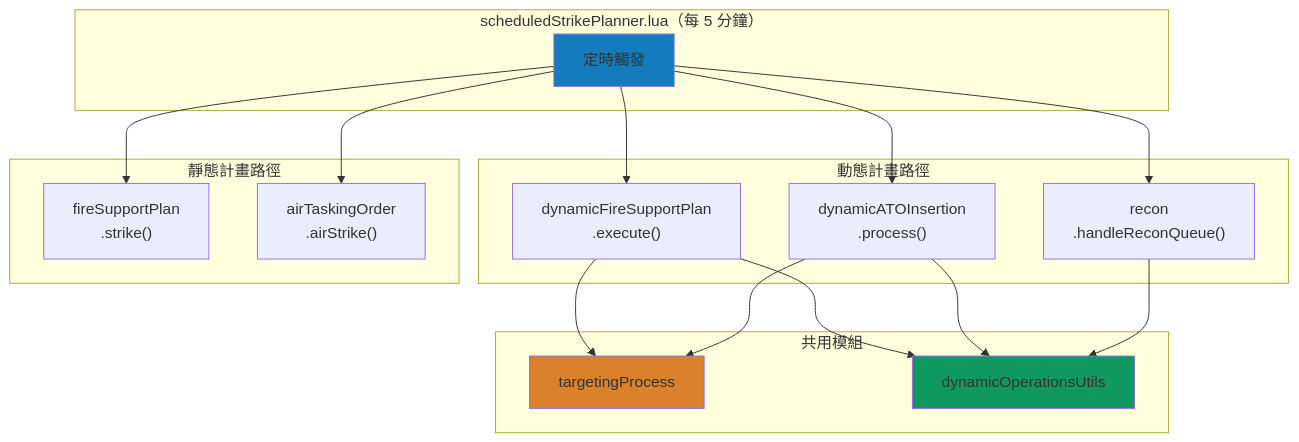
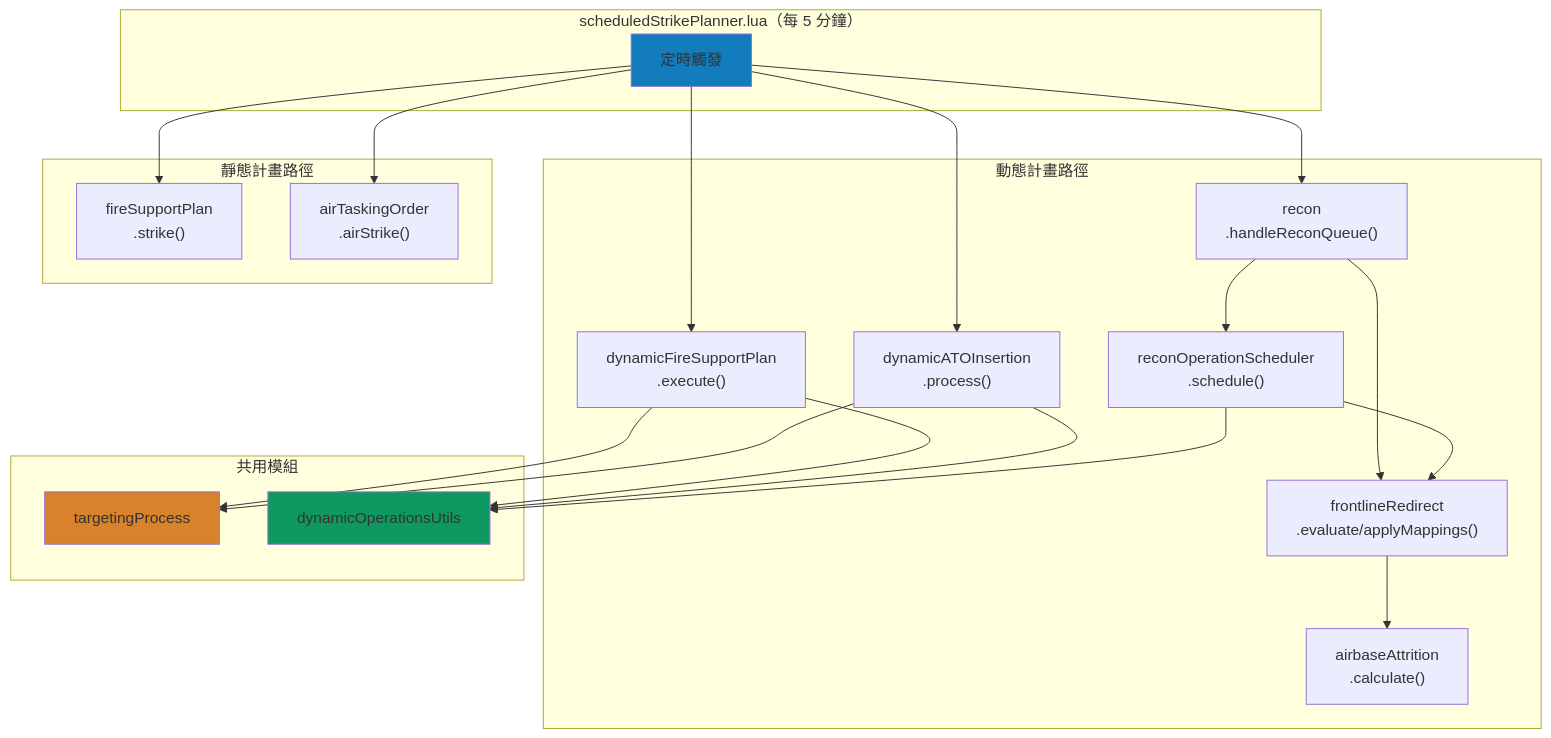
One commit to pullupjumper/formosa-in-flames changed the first of 3 diagrams in docs/strikePlanner/README.md. Above: the diagram before and after it, drawn with Mermaid. The commit also changed other lines of this file and 15 other files, not shown here.

````diff
--- a/docs/strikePlanner/README.md
+++ b/docs/strikePlanner/README.md
@@ -68,38 +72,45 @@
 ```mermaid
 flowchart TB
     subgraph 觸發器["scheduledStrikePlanner.lua（每 5 分鐘）"]
         TRIGGER[定時觸發]
     end
 
     subgraph 動態路徑["動態計畫路徑"]
         DFSP["dynamicFireSupportPlan<br>.execute()"]
         DATO["dynamicATOInsertion<br>.process()"]
         RECON["recon<br>.handleReconQueue()"]
+        RSCHED["reconOperationScheduler<br>.schedule()"]
+        FREDIR["frontlineRedirect<br>.evaluate/applyMappings()"]
+        ATTR["airbaseAttrition<br>.calculate()"]
     end
 
     subgraph 靜態路徑["靜態計畫路徑"]
         FSP["fireSupportPlan<br>.strike()"]
         ATO["airTaskingOrder<br>.airStrike()"]
     end
 
     subgraph 共用模組
         TP["targetingProcess"]
         DOU["dynamicOperationsUtils"]
     end
 
     TRIGGER --> DFSP
     TRIGGER --> DATO
     TRIGGER --> RECON
     TRIGGER --> FSP
     TRIGGER --> ATO
 
     DFSP --> TP
     DFSP --> DOU
     DATO --> TP
     DATO --> DOU
-    RECON --> DOU
+    RECON --> RSCHED
+    RECON --> FREDIR
+    RSCHED --> FREDIR
+    RSCHED --> DOU
+    FREDIR --> ATTR
 
     style TRIGGER fill:#137cbd
     style TP fill:#d9822b
     style DOU fill:#0f9960
 ```
````
